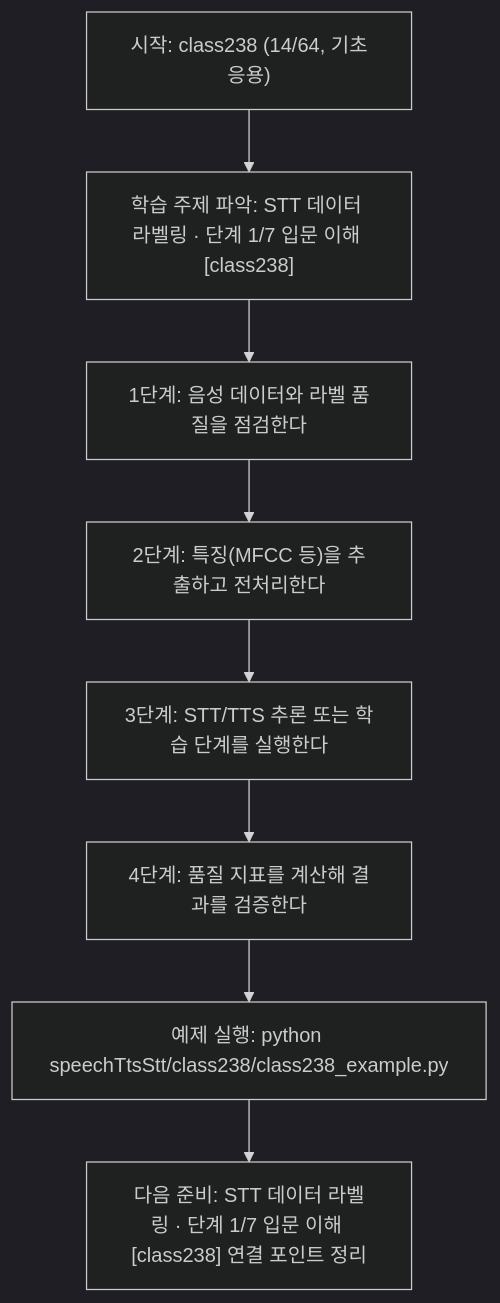
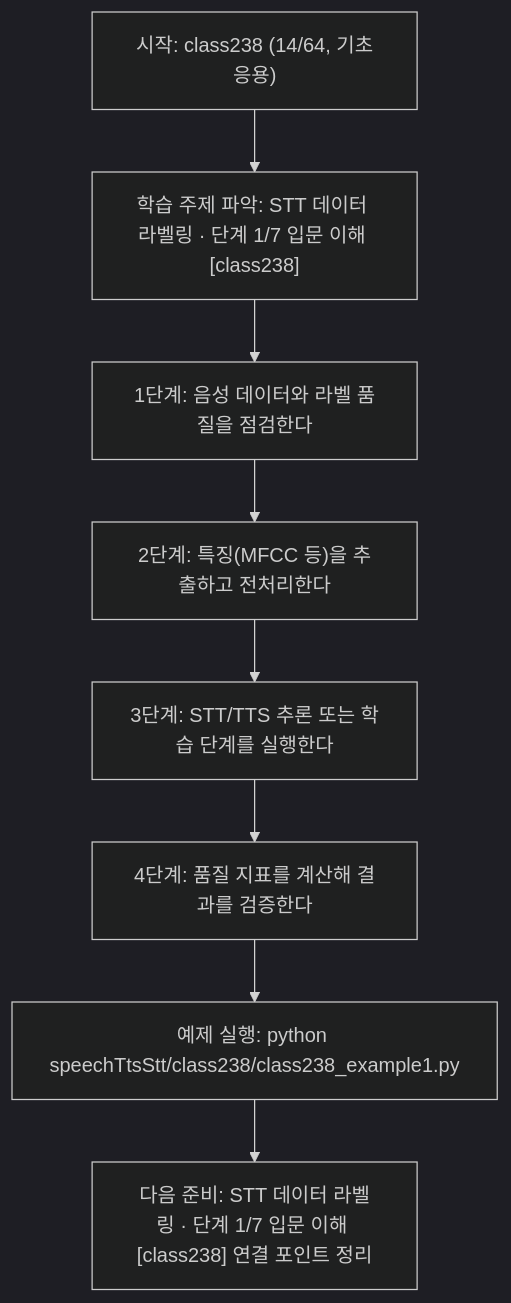
One commit to edumgt/Python-AI_Agent-Class changed the diagram in speechTtsStt/class238/class238.md. Above: the diagram before and after it, drawn with Mermaid (dark theme). The commit also changed other lines of this file and 2959 other files, not shown here.

````diff
--- a/speechTtsStt/class238/class238.md
+++ b/speechTtsStt/class238/class238.md
@@ -114,18 +114,18 @@
 ```mermaid
 flowchart TD
 N1["시작: class238 (14/64, 기초응용)"]
 N2["학습 주제 파악: STT 데이터 라벨링 · 단계 1/7 입문 이해 [class238]"]
 N3["1단계: 음성 데이터와 라벨 품질을 점검한다"]
 N4["2단계: 특징(MFCC 등)을 추출하고 전처리한다"]
 N5["3단계: STT/TTS 추론 또는 학습 단계를 실행한다"]
 N6["4단계: 품질 지표를 계산해 결과를 검증한다"]
-N7["예제 실행: python speechTtsStt/class238/class238_example.py"]
+N7["예제 실행: python speechTtsStt/class238/class238_example1.py"]
 N8["다음 준비: STT 데이터 라벨링 · 단계 1/7 입문 이해 [class238] 연결 포인트 정리"]
 N1 --> N2
 N2 --> N3
 N3 --> N4
 N4 --> N5
 N5 --> N6
 N6 --> N7
 N7 --> N8
 ```
````
